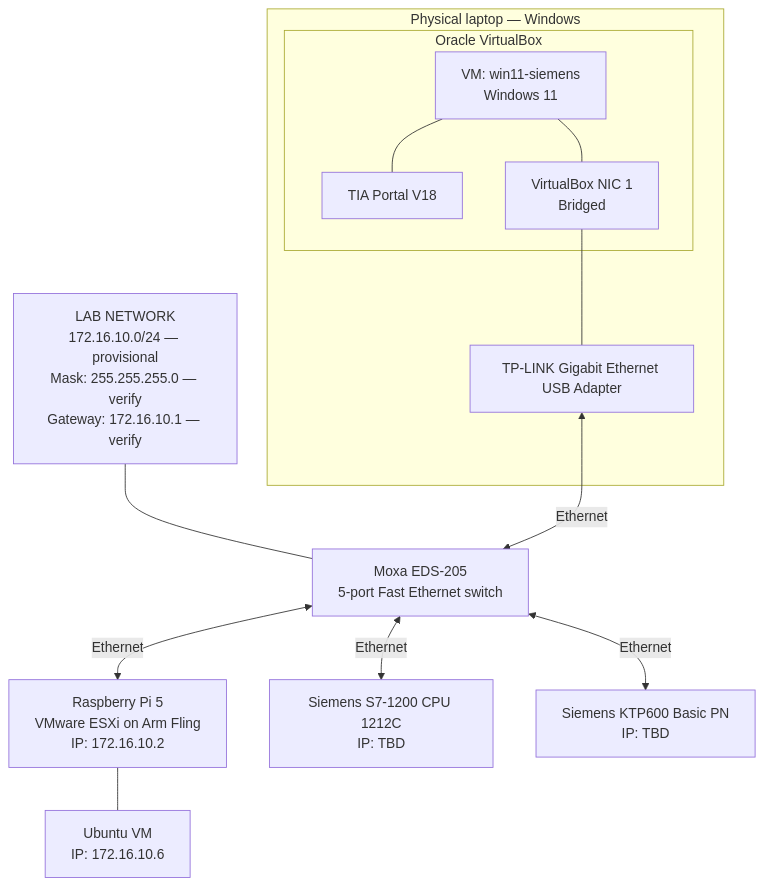
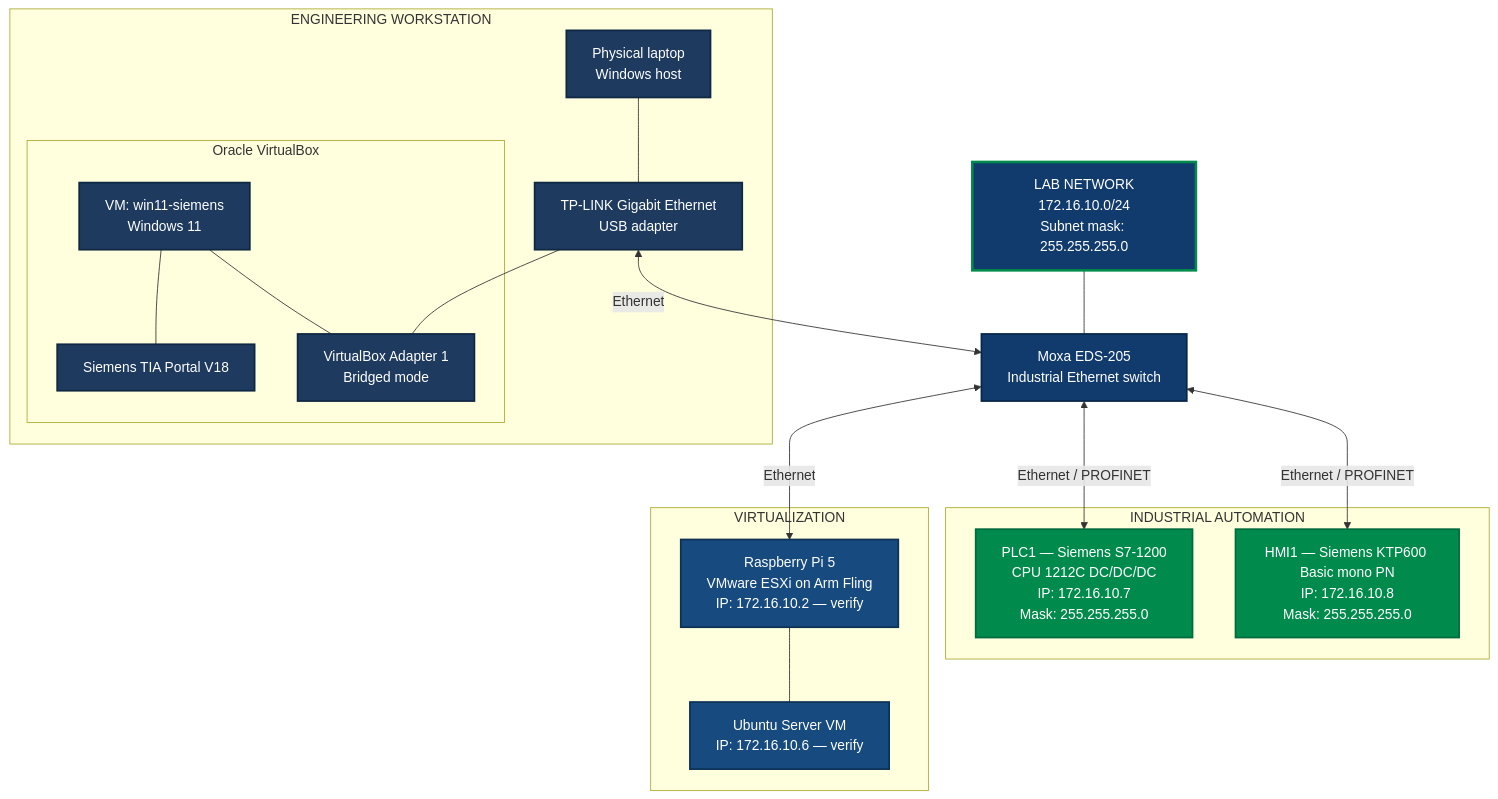
Before and after one commit to mrcgrs-j/industry-devops-lab: the diagram in docs/02-network.md, drawn with Mermaid. The commit also changed other lines of this file, not shown here.

````diff
--- a/docs/02-network.md
+++ b/docs/02-network.md
@@ -17,30 +29,49 @@
 ```mermaid
 flowchart TB
-    NET["LAB NETWORK<br/>172.16.10.0/24 — provisional<br/>Mask: 255.255.255.0 — verify<br/>Gateway: 172.16.10.1 — verify"]
+    NET["LAB NETWORK<br/>172.16.10.0/24<br/>Subnet mask: 255.255.255.0"]
 
-    subgraph LAPTOP["Physical laptop — Windows"]
-        subgraph VB["Oracle VirtualBox"]
+    subgraph ENGINEERING["ENGINEERING WORKSTATION"]
+        LAP["Physical laptop<br/>Windows host"]
+        USB["TP-LINK Gigabit Ethernet<br/>USB adapter"]
+        subgraph VBOX["Oracle VirtualBox"]
             WIN11["VM: win11-siemens<br/>Windows 11"]
-            TIA["TIA Portal V18"]
-            NIC["VirtualBox NIC 1<br/>Bridged"]
+            TIA["Siemens TIA Portal V18"]
+            NIC["VirtualBox Adapter 1<br/>Bridged mode"]
             WIN11 --- TIA
             WIN11 --- NIC
         end
-        USB["TP-LINK Gigabit Ethernet USB Adapter"]
-        NIC --- USB
+        LAP --- USB
+        USB --- NIC
     end
 
-    SW["Moxa EDS-205<br/>5-port Fast Ethernet switch"]
+    SW["Moxa EDS-205<br/>Industrial Ethernet switch"]
 
-    RPI["Raspberry Pi 5<br/>VMware ESXi on Arm Fling<br/>IP: 172.16.10.2"]
-    VM["Ubuntu VM<br/>IP: 172.16.10.6"]
-    PLC["Siemens S7-1200 CPU 1212C<br/>IP: TBD"]
-    HMI["Siemens KTP600 Basic PN<br/>IP: TBD"]
+    subgraph AUTOMATION["INDUSTRIAL AUTOMATION"]
+        PLC["PLC1 — Siemens S7-1200<br/>CPU 1212C DC/DC/DC<br/>IP: 172.16.10.7<br/>Mask: 255.255.255.0"]
+        HMI["HMI1 — Siemens KTP600 Basic mono PN<br/>IP: 172.16.10.8<br/>Mask: 255.255.255.0"]
+    end
+
+    subgraph VIRTUALIZATION["VIRTUALIZATION"]
+        ESXI["Raspberry Pi 5<br/>VMware ESXi on Arm Fling<br/>IP: 172.16.10.2 — verify"]
+        UBUNTU["Ubuntu Server VM<br/>IP: 172.16.10.6 — verify"]
+        ESXI --- UBUNTU
+    end
 
     NET --- SW
     USB <-->|Ethernet| SW
-    SW <-->|Ethernet| RPI
-    SW <-->|Ethernet| PLC
-    SW <-->|Ethernet| HMI
-    RPI --- VM
+    SW <-->|Ethernet / PROFINET| PLC
+    SW <-->|Ethernet / PROFINET| HMI
+    SW <-->|Ethernet| ESXI
+
+    classDef siemens fill:#008A4B,stroke:#006B3C,color:#FFFFFF,stroke-width:2px;
+    classDef network fill:#123B6D,stroke:#08264A,color:#FFFFFF,stroke-width:2px;
+    classDef engineering fill:#1E3A5F,stroke:#102742,color:#FFFFFF,stroke-width:2px;
+    classDef virtual fill:#174A7E,stroke:#0C3155,color:#FFFFFF,stroke-width:2px;
+    classDef subnet fill:#123B6D,stroke:#008A4B,color:#FFFFFF,stroke-width:3px;
+
+    class PLC,HMI siemens;
+    class SW network;
+    class LAP,USB,WIN11,TIA,NIC engineering;
+    class ESXI,UBUNTU virtual;
+    class NET subnet;
 ```
````
